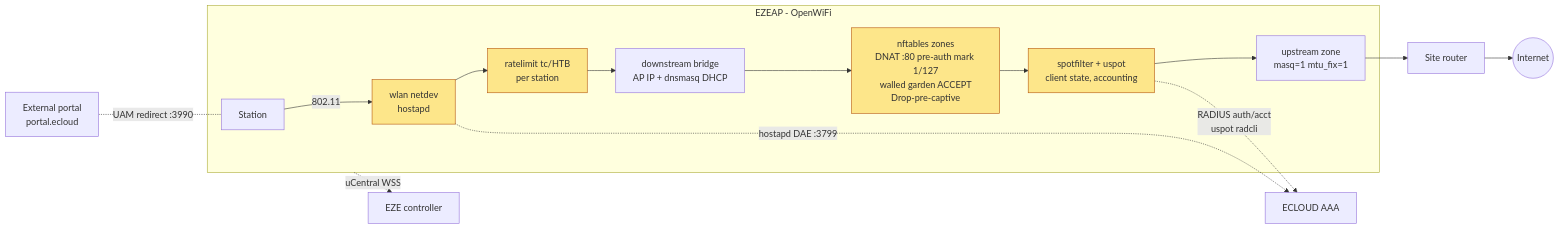
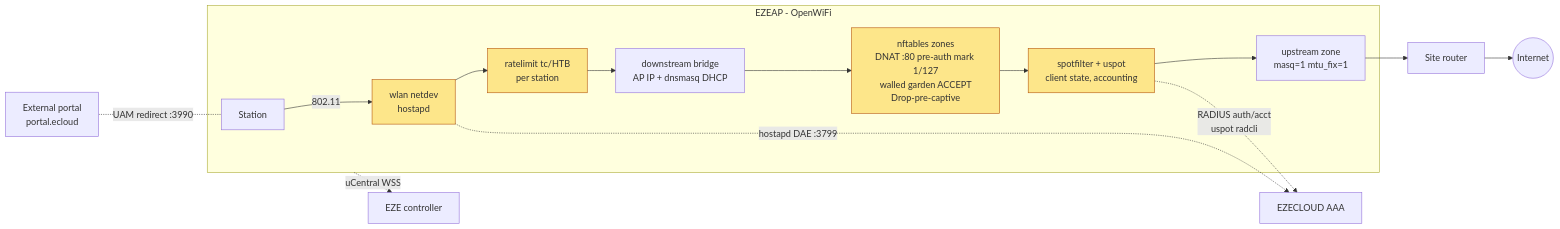
The second of 3 diagrams in NETWORK_INTEGRATION.md (dannymagat/ecloud), drawn with Mermaid before and after one commit. The commit also changed other lines of this file and 211 other files, not shown here.

First line of the commit message:
Rename product name ECLOUD to EZECLOUD in text, UI and docs

````diff
--- a/NETWORK_INTEGRATION.md
+++ b/NETWORK_INTEGRATION.md
@@ -72,18 +72,18 @@
 ```mermaid
 flowchart LR
   subgraph AP[EZEAP - OpenWiFi]
     STA[Station] -->|802.11| WLAN[wlan netdev\nhostapd]
     WLAN --> RL[ratelimit tc/HTB\nper station]
     RL --> DS[downstream bridge\nAP IP + dnsmasq DHCP]
     DS --> FW[nftables zones\nDNAT :80 pre-auth mark 1/127\nwalled garden ACCEPT\nDrop-pre-captive]
     FW --> SF[spotfilter + uspot\nclient state, accounting]
     SF --> UP[upstream zone\nmasq=1 mtu_fix=1]
   end
   UP --> RTR[Site router] --> INET((Internet))
-  SF -. RADIUS auth/acct\nuspot radcli .-> AAA[ECLOUD AAA]
+  SF -. RADIUS auth/acct\nuspot radcli .-> AAA[EZECLOUD AAA]
   WLAN -. hostapd DAE :3799 .-> AAA
   AP -. uCentral WSS .-> CTRL[EZE controller]
   UAM[External portal\nportal.ecloud] -. UAM redirect :3990 .- STA
   classDef enf fill:#fde68a,stroke:#b45309;
   class RL,FW,SF,WLAN enf;
 ```
````
